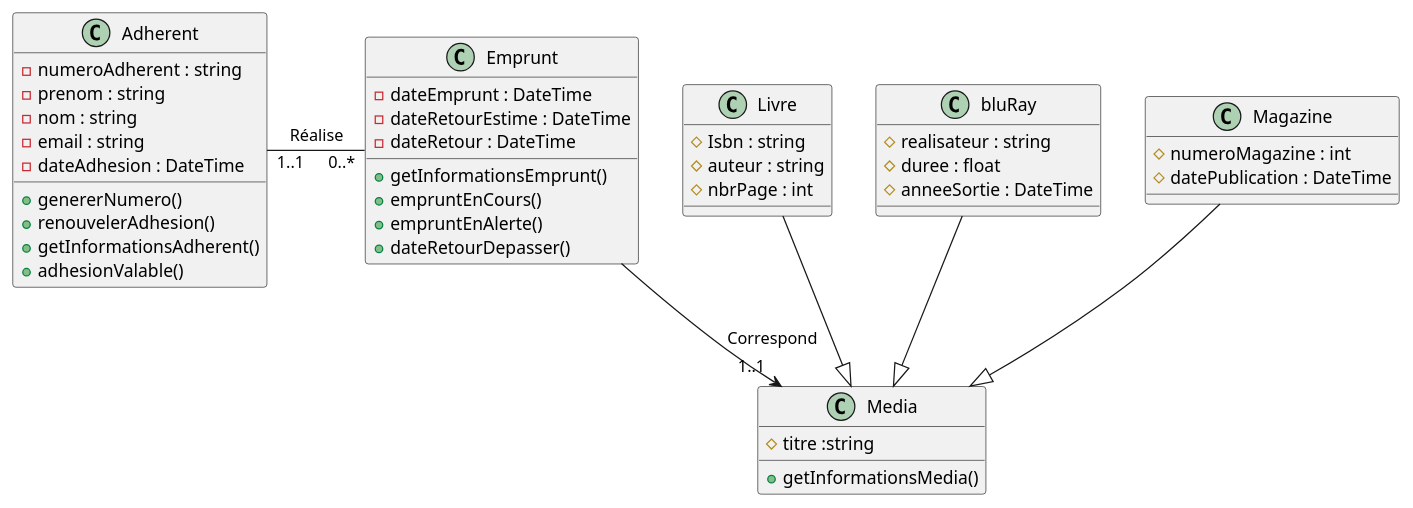
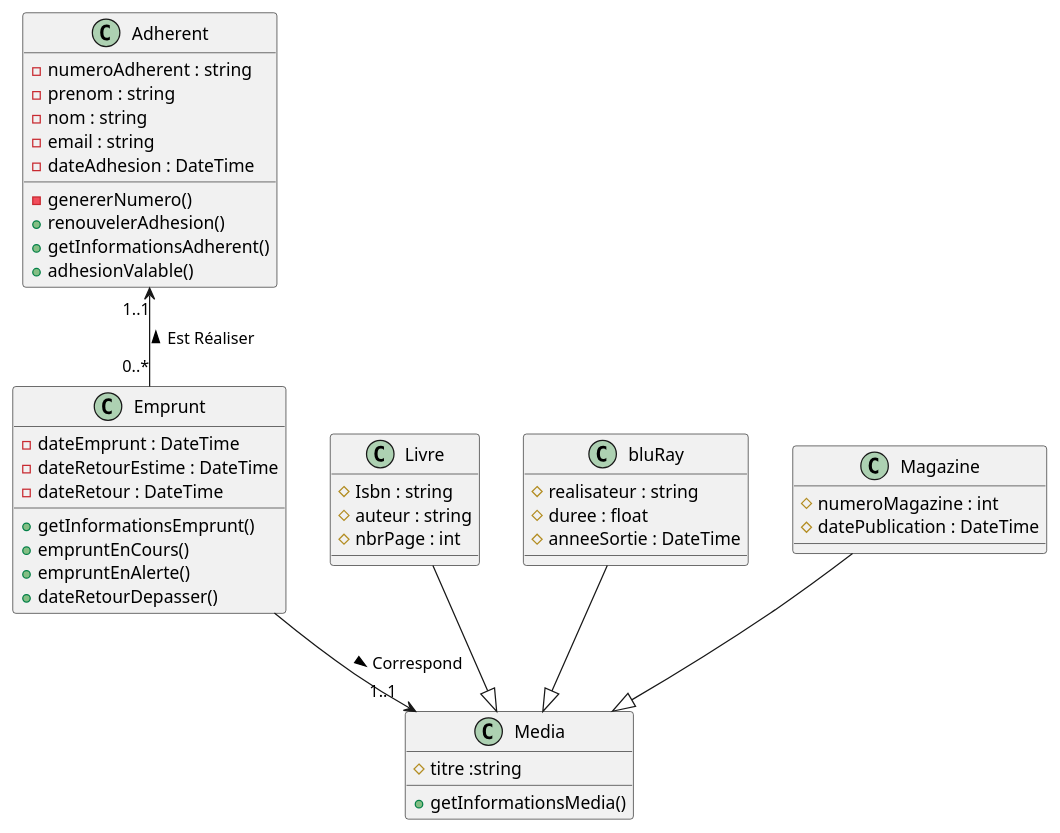
The diagram in documentation/Diagramme-de-classe.puml (mat25/BTS2-bibliotheque-debut), drawn with PlantUML before and after one commit. The commit also changed 4 other files, not shown here.

```diff
--- a/documentation/Diagramme-de-classe.puml
+++ b/documentation/Diagramme-de-classe.puml
@@ -1,51 +1,51 @@
 @startuml
 
 class Adherent {
 - numeroAdherent : string
 - prenom : string
 - nom : string
 - email : string
 - dateAdhesion : DateTime
-+ genererNumero()
+- genererNumero()
 + renouvelerAdhesion()
 + getInformationsAdherent()
 + adhesionValable()
 }
 class Emprunt {
 - dateEmprunt : DateTime
 - dateRetourEstime : DateTime
 - dateRetour : DateTime
 + getInformationsEmprunt()
 + empruntEnCours()
 + empruntEnAlerte()
 + dateRetourDepasser()
 }
 
 class Media {
 # titre :string
 + getInformationsMedia()
 }
 
 class Livre {
 # Isbn : string
 # auteur : string
 # nbrPage : int
 }
 class bluRay {
 # realisateur : string
 # duree : float
 # anneeSortie : DateTime
 }
 class Magazine {
 # numeroMagazine : int
 # datePublication : DateTime
 }
-Adherent"1..1" - "0..*"Emprunt : "Réalise"
-Emprunt --> "1..1"Media : Correspond
+Adherent"1..1" <-- "0..*"Emprunt :< Est Réaliser
+Emprunt --> "1..1"Media :> Correspond
 Livre --|> Media
 bluRay --|> Media
 Magazine --|> Media
 
 
 
 @enduml
```
